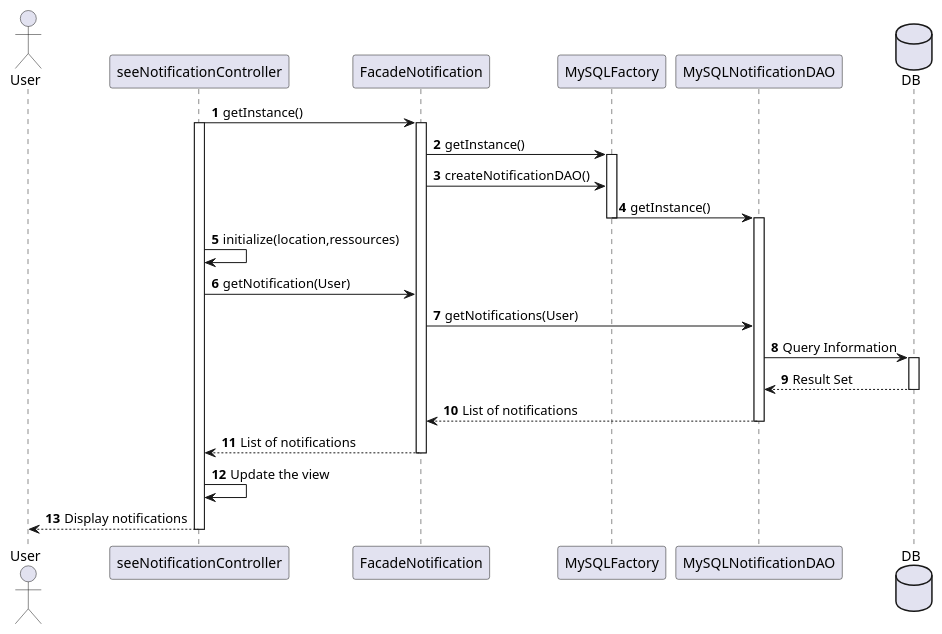
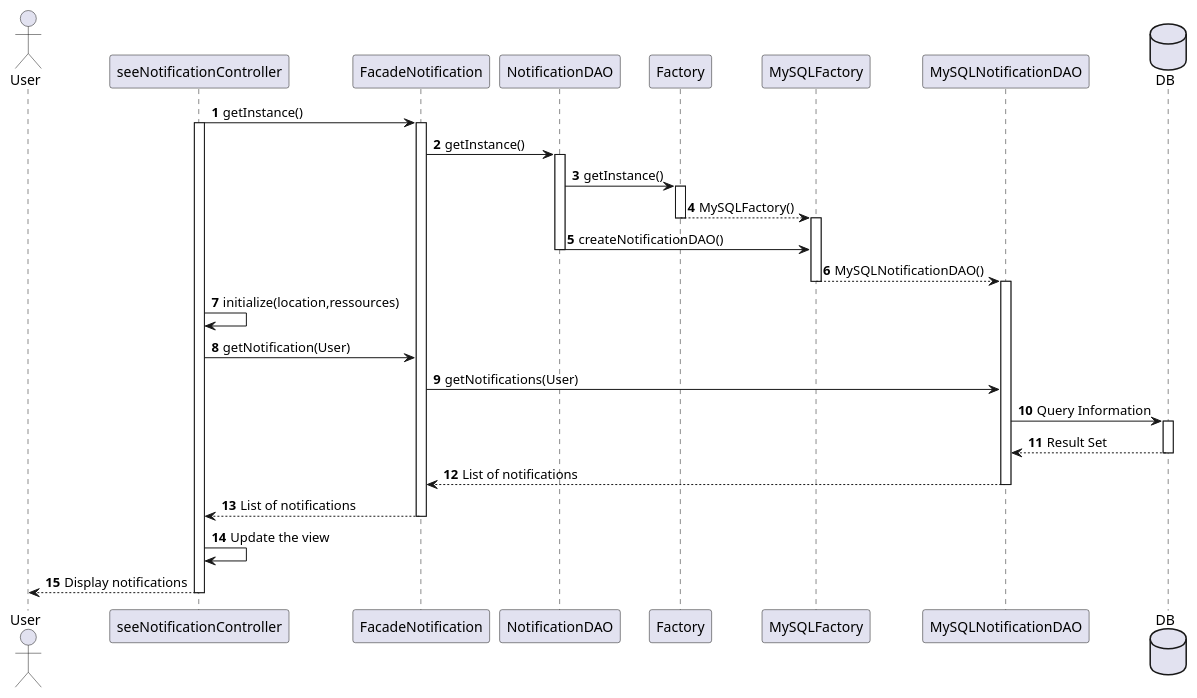
One commit to guiguie34/StudEasy changed the diagram in project_diagrams/sequenceDiagrams/notificationManagement.puml. Above: the diagram before and after it, drawn with PlantUML. The commit also changed 1 other file, not shown here.

Commit message:
Fix : sequence diagrams (category/notification)

```diff
--- a/project_diagrams/sequenceDiagrams/notificationManagement.puml
+++ b/project_diagrams/sequenceDiagrams/notificationManagement.puml
@@ -1,29 +1,35 @@
 @startuml
 autonumber
 actor User
 seeNotificationController -> FacadeNotification : getInstance()
 activate seeNotificationController
 activate FacadeNotification
-FacadeNotification -> MySQLFactory : getInstance()
+FacadeNotification -> NotificationDAO : getInstance()
+activate NotificationDAO
+NotificationDAO -> Factory : getInstance()
+activate Factory
+Factory --> MySQLFactory : MySQLFactory()
+deactivate Factory
 activate MySQLFactory
-FacadeNotification -> MySQLFactory : createNotificationDAO()
-MySQLFactory -> MySQLNotificationDAO : getInstance()
+NotificationDAO -> MySQLFactory : createNotificationDAO()
+deactivate NotificationDAO
+MySQLFactory --> MySQLNotificationDAO : MySQLNotificationDAO()
 deactivate MySQLFactory
 activate MySQLNotificationDAO
 deactivate MySQLNotificationDAO
 seeNotificationController -> seeNotificationController : initialize(location,ressources)
 seeNotificationController -> FacadeNotification : getNotification(User)
 FacadeNotification-> MySQLNotificationDAO : getNotifications(User)
 database DB
 MySQLNotificationDAO -> DB : Query Information
 activate DB
 DB --> MySQLNotificationDAO : Result Set
 deactivate DB
 MySQLNotificationDAO --> FacadeNotification : List of notifications
 deactivate MySQLNotificationDAO
 FacadeNotification --> seeNotificationController : List of notifications
 deactivate FacadeNotification
 seeNotificationController -> seeNotificationController : Update the view
 seeNotificationController --> User : Display notifications
 deactivate seeNotificationController
 @enduml
```
